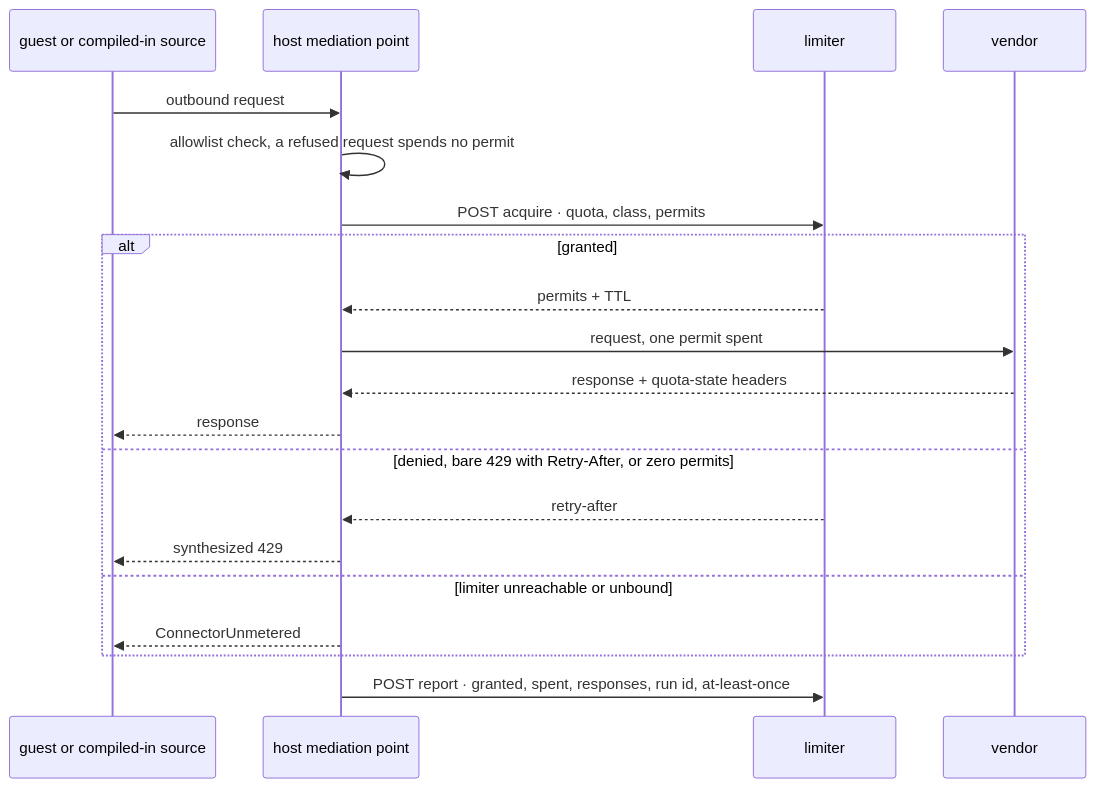
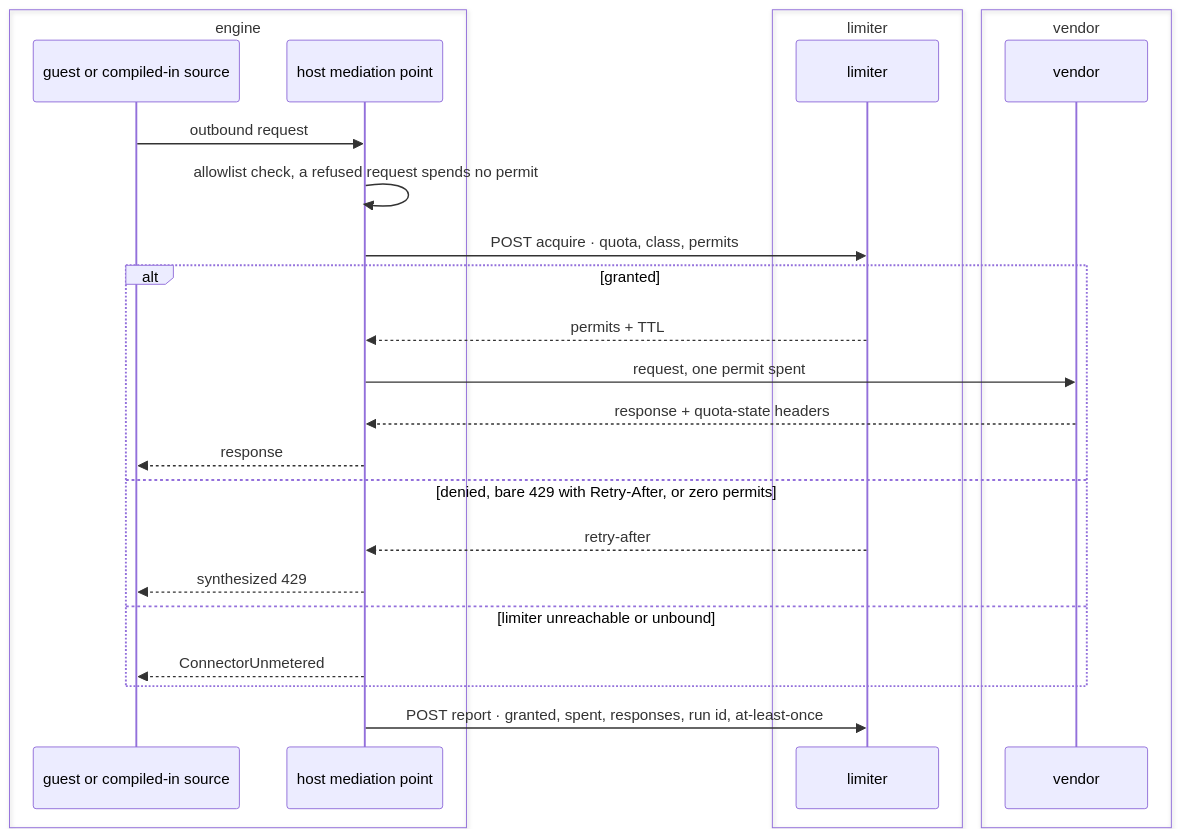
The third of 5 diagrams in spec/40-connector.md (fractalboxdev/contextful), drawn with Mermaid before and after one commit. The commit also changed other lines of this file and 33 other files, not shown here.

Commit message:
spec: diagrams draw contracts, parties and trust zones as containers; a node standing for one is refused

````diff
--- a/spec/40-connector.md
+++ b/spec/40-connector.md
@@ -163,22 +178,28 @@
 ```mermaid
 sequenceDiagram
-  participant G as guest or compiled-in source
-  participant H as host mediation point
-  participant L as limiter
-  participant V as vendor
+  box engine
+    participant G as guest or compiled-in source
+    participant H as host mediation point
+  end
+  box limiter
+    participant L as limiter
+  end
+  box vendor
+    participant V as vendor
+  end
   G->>H: outbound request
   H->>H: allowlist check, a refused request spends no permit
   H->>L: POST acquire · quota, class, permits
   alt granted
     L-->>H: permits + TTL
     H->>V: request, one permit spent
     V-->>H: response + quota-state headers
     H-->>G: response
   else denied, bare 429 with Retry-After, or zero permits
     L-->>H: retry-after
     H-->>G: synthesized 429
   else limiter unreachable or unbound
     H-->>G: ConnectorUnmetered
   end
   H->>L: POST report · granted, spent, responses, run id, at-least-once
 ```
````
